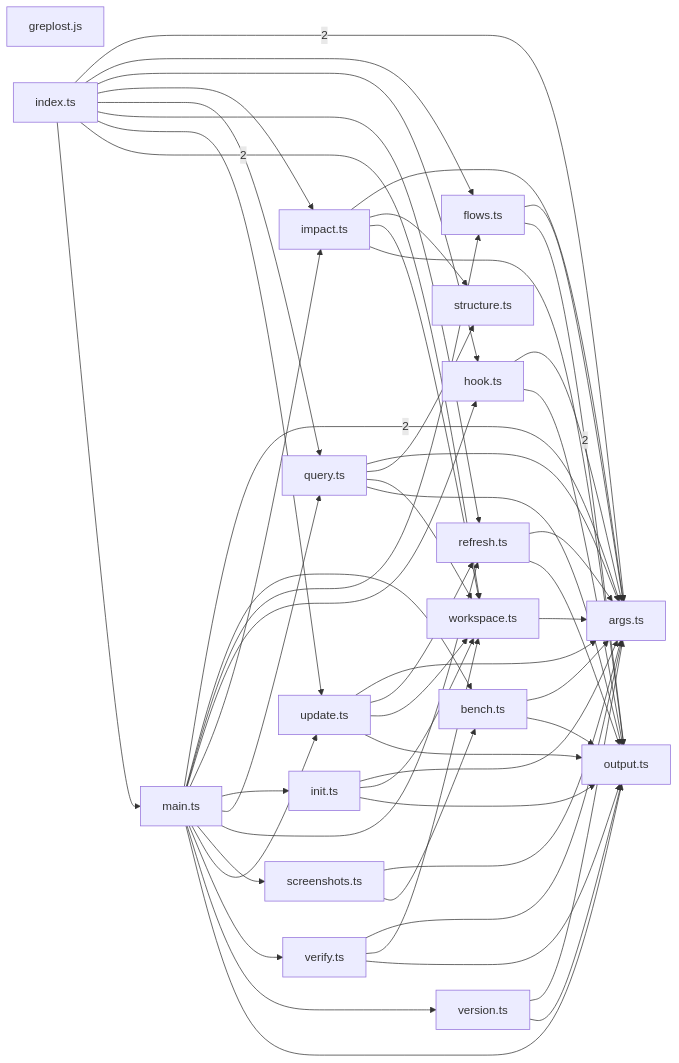
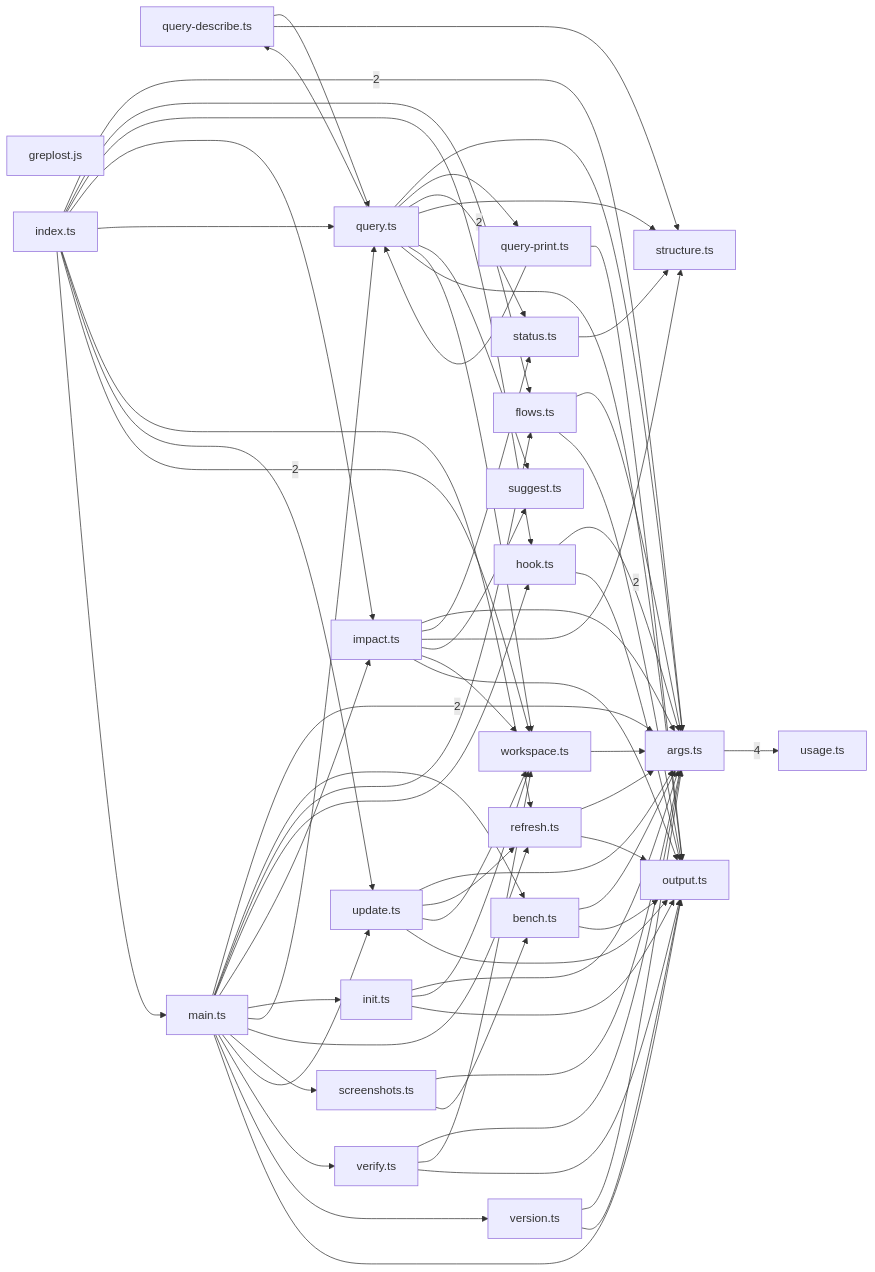
The diagram in .greplost/packages/greplost/MAP.md (sns45/greplost), drawn with Mermaid before and after one commit. The commit also changed other lines of this file and 140 other files, not shown here.

First line of the commit message:
feat(cli): query status, directory answers, suggestions and impact counts

```diff
--- a/.greplost/packages/greplost/MAP.md
+++ b/.greplost/packages/greplost/MAP.md
@@ -64,10 +74,14 @@
   packages_cli_src_commands_hook_ts["hook.ts"]
   packages_cli_src_commands_impact_ts["impact.ts"]
   packages_cli_src_commands_init_ts["init.ts"]
+  packages_cli_src_commands_query_describe_ts["query-describe.ts"]
+  packages_cli_src_commands_query_print_ts["query-print.ts"]
   packages_cli_src_commands_query_ts["query.ts"]
   packages_cli_src_commands_refresh_ts["refresh.ts"]
   packages_cli_src_commands_screenshots_ts["screenshots.ts"]
+  packages_cli_src_commands_status_ts["status.ts"]
   packages_cli_src_commands_structure_ts["structure.ts"]
+  packages_cli_src_commands_suggest_ts["suggest.ts"]
   packages_cli_src_commands_update_ts["update.ts"]
   packages_cli_src_commands_verify_ts["verify.ts"]
   packages_cli_src_commands_version_ts["version.ts"]
@@ -75,6 +89,8 @@
   packages_cli_src_index_ts["index.ts"]
   packages_cli_src_main_ts["main.ts"]
   packages_cli_src_output_ts["output.ts"]
+  packages_cli_src_usage_ts["usage.ts"]
+  packages_cli_src_args_ts -->|4| packages_cli_src_usage_ts
   packages_cli_src_commands_bench_ts --> packages_cli_src_args_ts
   packages_cli_src_commands_bench_ts --> packages_cli_src_output_ts
   packages_cli_src_commands_flows_ts --> packages_cli_src_args_ts
@@ -82,20 +98,31 @@
   packages_cli_src_commands_hook_ts -->|2| packages_cli_src_args_ts
   packages_cli_src_commands_hook_ts --> packages_cli_src_output_ts
   packages_cli_src_commands_impact_ts --> packages_cli_src_args_ts
+  packages_cli_src_commands_impact_ts --> packages_cli_src_commands_status_ts
   packages_cli_src_commands_impact_ts --> packages_cli_src_commands_structure_ts
+  packages_cli_src_commands_impact_ts --> packages_cli_src_commands_suggest_ts
   packages_cli_src_commands_impact_ts --> packages_cli_src_commands_workspace_ts
   packages_cli_src_commands_impact_ts --> packages_cli_src_output_ts
   packages_cli_src_commands_init_ts --> packages_cli_src_args_ts
   packages_cli_src_commands_init_ts --> packages_cli_src_commands_workspace_ts
   packages_cli_src_commands_init_ts --> packages_cli_src_output_ts
+  packages_cli_src_commands_query_describe_ts --> packages_cli_src_commands_query_ts
+  packages_cli_src_commands_query_describe_ts --> packages_cli_src_commands_structure_ts
+  packages_cli_src_commands_query_print_ts --> packages_cli_src_commands_query_ts
+  packages_cli_src_commands_query_print_ts --> packages_cli_src_output_ts
   packages_cli_src_commands_query_ts --> packages_cli_src_args_ts
+  packages_cli_src_commands_query_ts --> packages_cli_src_commands_query_describe_ts
+  packages_cli_src_commands_query_ts --> packages_cli_src_commands_query_print_ts
+  packages_cli_src_commands_query_ts -->|2| packages_cli_src_commands_status_ts
   packages_cli_src_commands_query_ts --> packages_cli_src_commands_structure_ts
+  packages_cli_src_commands_query_ts --> packages_cli_src_commands_suggest_ts
   packages_cli_src_commands_query_ts --> packages_cli_src_commands_workspace_ts
   packages_cli_src_commands_query_ts --> packages_cli_src_output_ts
   packages_cli_src_commands_refresh_ts --> packages_cli_src_args_ts
   packages_cli_src_commands_refresh_ts --> packages_cli_src_output_ts
   packages_cli_src_commands_screenshots_ts --> packages_cli_src_args_ts
   packages_cli_src_commands_screenshots_ts --> packages_cli_src_commands_bench_ts
+  packages_cli_src_commands_status_ts --> packages_cli_src_commands_structure_ts
   packages_cli_src_commands_update_ts --> packages_cli_src_args_ts
   packages_cli_src_commands_update_ts --> packages_cli_src_commands_refresh_ts
   packages_cli_src_commands_update_ts --> packages_cli_src_commands_workspace_ts
```
